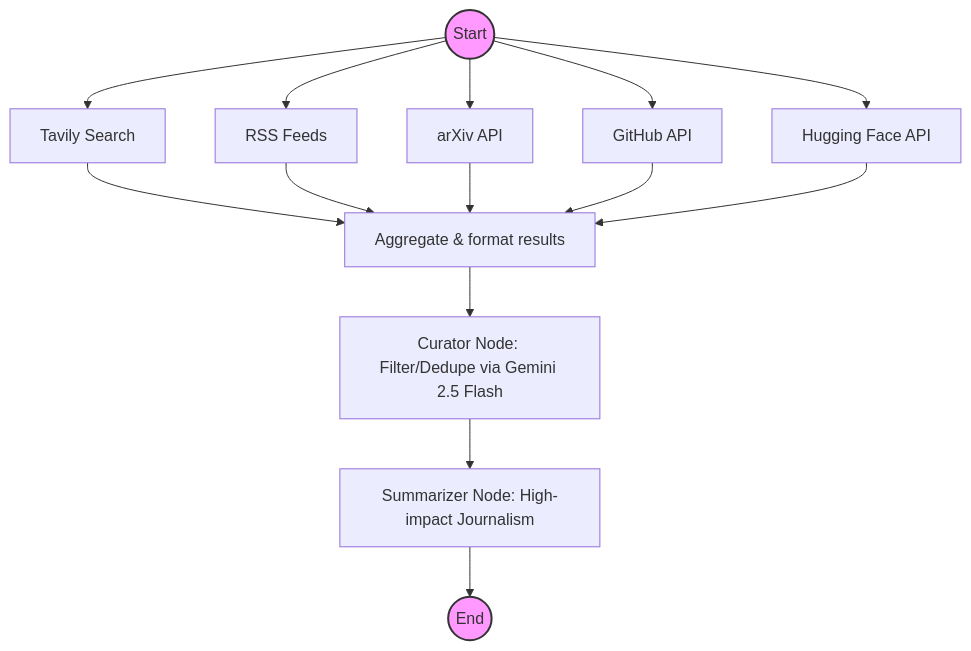
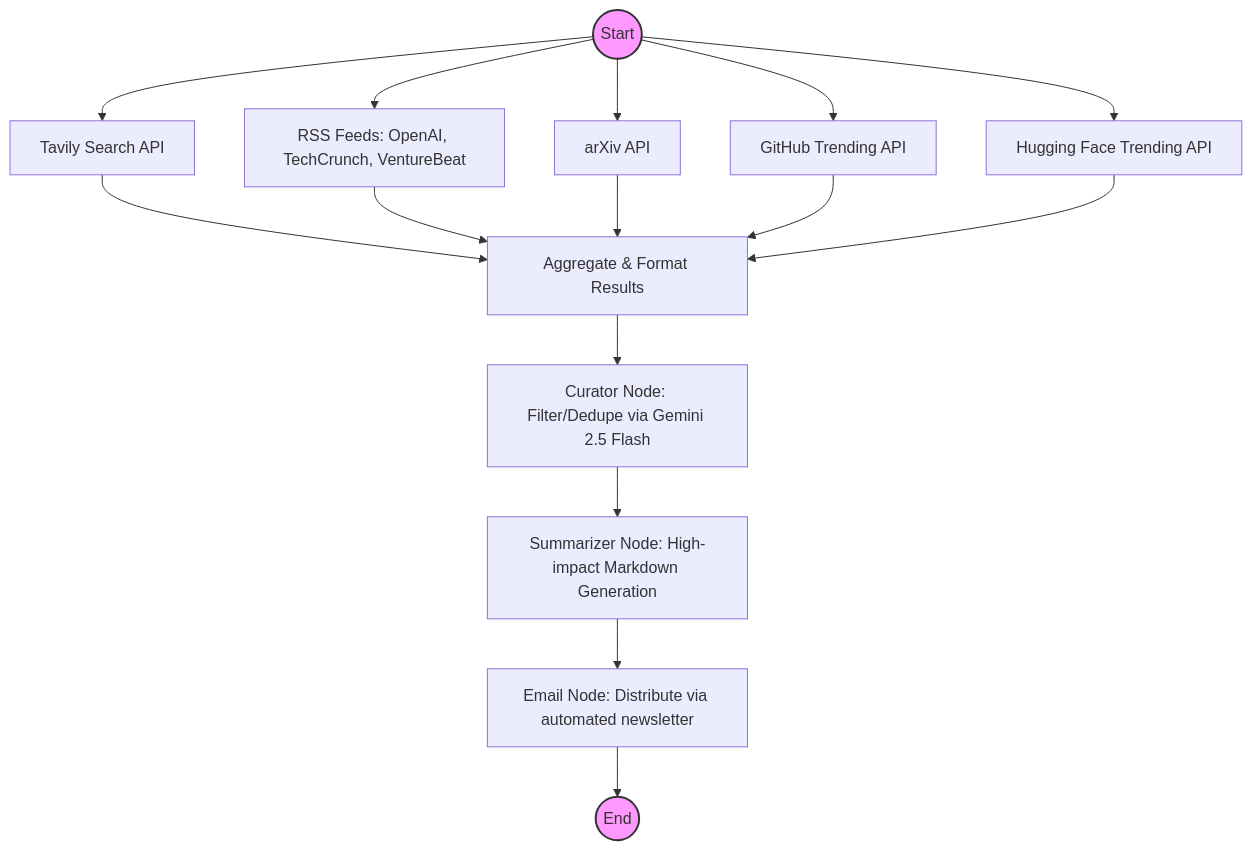
One commit to shubhamshardul-work/Projects changed the diagram in Gen AI News Agent/README.md. Above: the diagram before and after it, drawn with Mermaid. The commit also changed other lines of this file and 4 other files, not shown here.

````diff
--- a/Gen AI News Agent/README.md
+++ b/Gen AI News Agent/README.md
@@ -17,21 +17,22 @@
 ```mermaid
 graph TD
-    Start((Start)) --> Search[Tavily Search]
-    Start --> RSS[RSS Feeds]
+    Start((Start)) --> Search[Tavily Search API]
+    Start --> RSS[RSS Feeds: OpenAI, TechCrunch, VentureBeat]
     Start --> ArXiv[arXiv API]
-    Start --> GitHub[GitHub API]
-    Start --> HF[Hugging Face API]
+    Start --> GitHub[GitHub Trending API]
+    Start --> HF[Hugging Face Trending API]
     
-    Search --> Aggregate[Aggregate & format results]
+    Search --> Aggregate[Aggregate & Format Results]
     RSS --> Aggregate
     ArXiv --> Aggregate
     GitHub --> Aggregate
     HF --> Aggregate
     
     Aggregate --> Curate[Curator Node: Filter/Dedupe via Gemini 2.5 Flash]
-    Curate --> Summarize[Summarizer Node: High-impact Journalism]
-    Summarize --> End((End))
+    Curate --> Summarize[Summarizer Node: High-impact Markdown Generation]
+    Summarize --> Email[Email Node: Distribute via automated newsletter]
+    Email --> End((End))
     
     style Start fill:#f9f,stroke:#333,stroke-width:2px
     style End fill:#f9f,stroke:#333,stroke-width:2px
 ```
````
